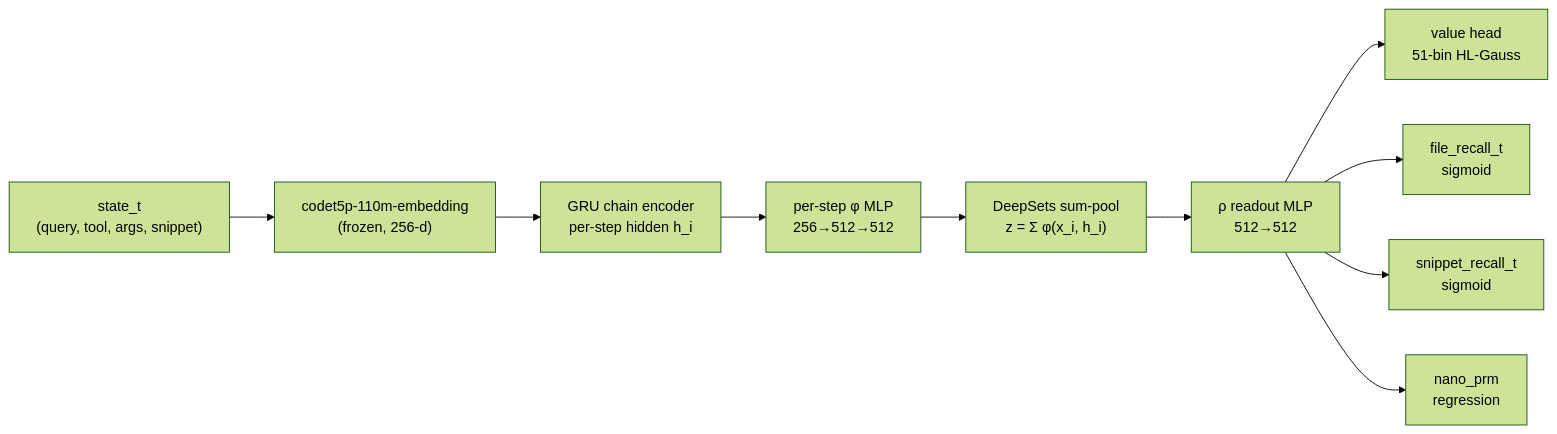
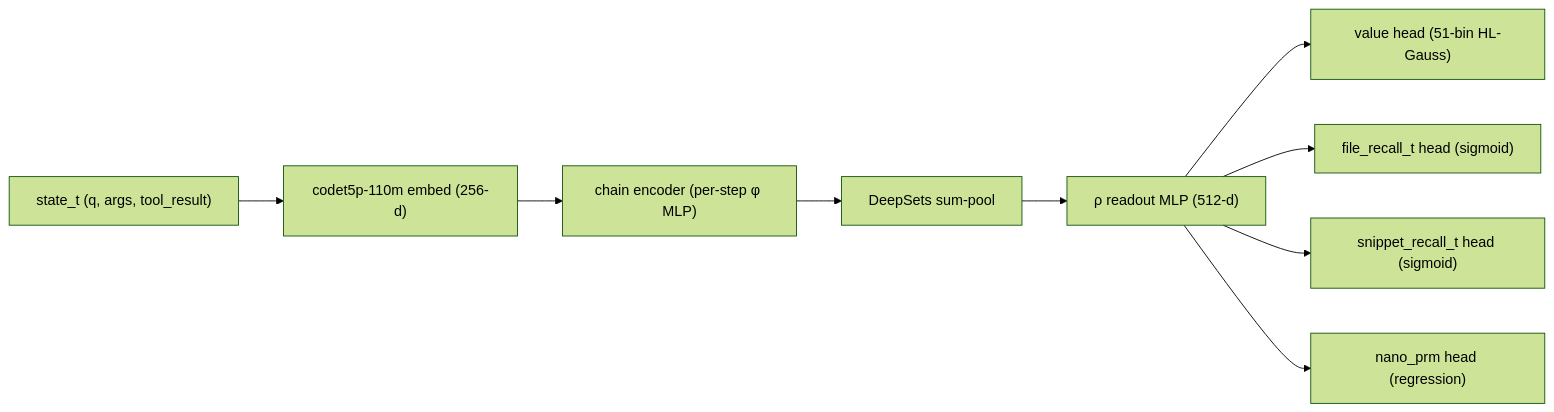
The diagram in src/content/essays/wm-v3-chain-deepsets.mdx (samrathchadha/perseusresearch), drawn with Mermaid (forest theme) before and after one commit. The commit also changed other lines of this file and 31 other files, not shown here.

````diff
--- a/src/content/essays/wm-v3-chain-deepsets.mdx
+++ b/src/content/essays/wm-v3-chain-deepsets.mdx
@@ -193,12 +268,11 @@
 ```mermaid
 flowchart LR
-    S["state_t\n(query, tool, args, snippet)"] --> E["codet5p-110m-embedding\n(frozen, 256-d)"]
-    E --> G["GRU chain encoder\nper-step hidden h_i"]
-    G --> PHI["per-step φ MLP\n256→512→512"]
-    PHI --> POOL["DeepSets sum-pool\nz = Σ φ(x_i, h_i)"]
-    POOL --> RHO["ρ readout MLP\n512→512"]
-    RHO --> H1["value head\n51-bin HL-Gauss"]
-    RHO --> H2["file_recall_t\nsigmoid"]
-    RHO --> H3["snippet_recall_t\nsigmoid"]
-    RHO --> H4["nano_prm\nregression"]
+    S["state_t (q, args, tool_result)"] --> E["codet5p-110m embed (256-d)"]
+    E --> CH["chain encoder (per-step φ MLP)"]
+    CH --> POOL["DeepSets sum-pool"]
+    POOL --> RHO["ρ readout MLP (512-d)"]
+    RHO --> H1["value head (51-bin HL-Gauss)"]
+    RHO --> H2["file_recall_t head (sigmoid)"]
+    RHO --> H3["snippet_recall_t head (sigmoid)"]
+    RHO --> H4["nano_prm head (regression)"]
 ```
````
